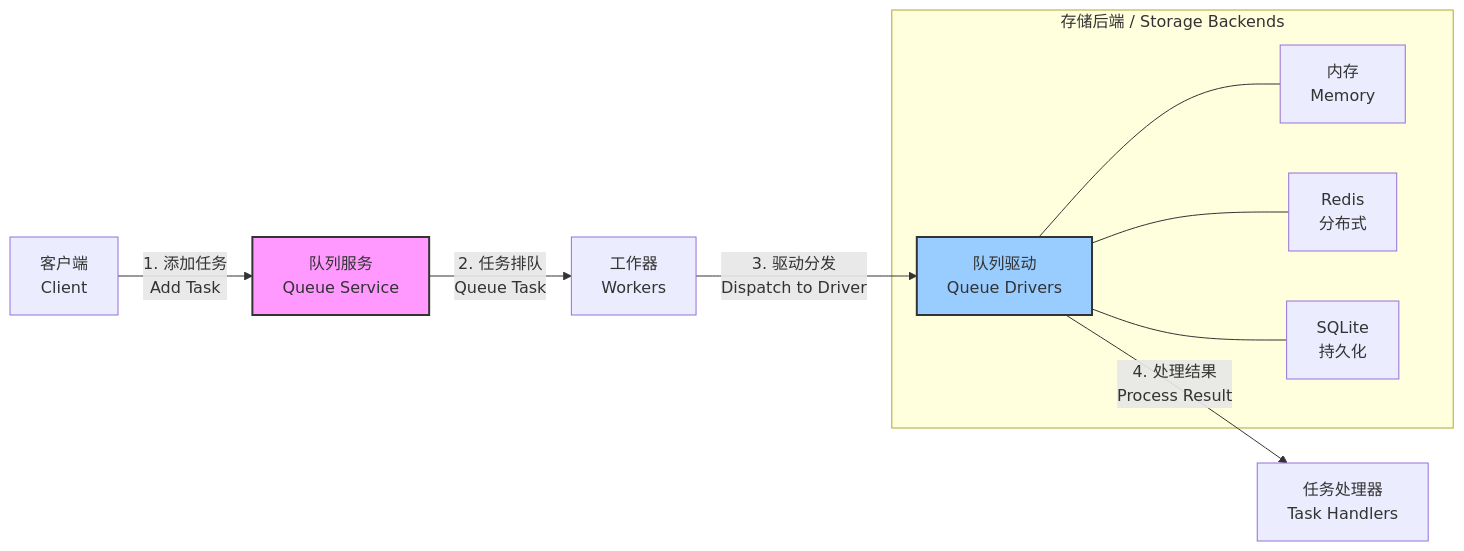
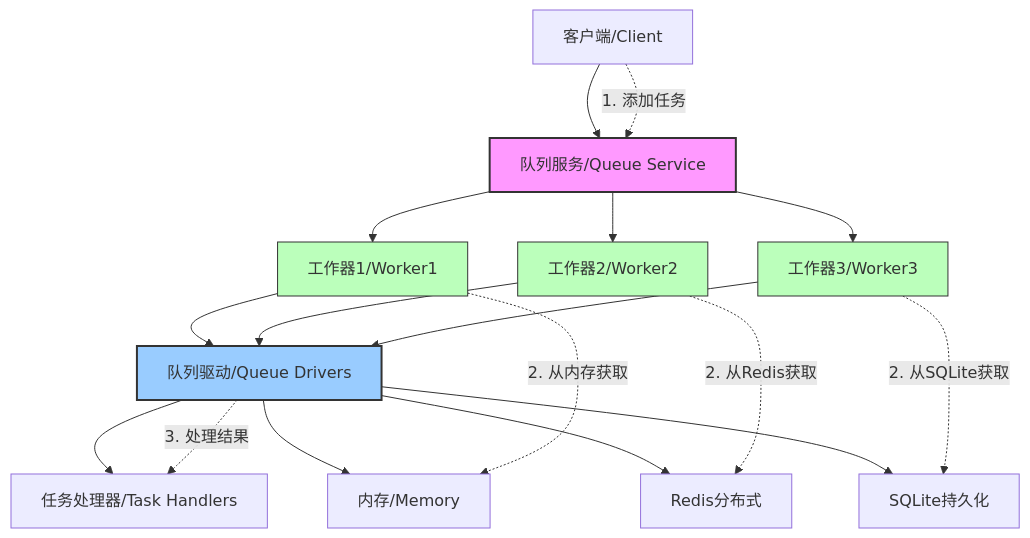
The diagram in README.md (duxweb/go-queue), drawn with Mermaid before and after one commit. The commit also changed other lines of this file, not shown here.

Commit message:
增加流程图说明

````diff
--- a/README.md
+++ b/README.md
@@ -12,16 +12,36 @@
 ```mermaid
-flowchart LR
-    Client["客户端\nClient"] -->|"1. 添加任务\nAdd Task"| QueueService["队列服务\nQueue Service"]
-    QueueService -->|"2. 任务排队\nQueue Task"| Workers["工作器\nWorkers"]
-    Workers -->|"3. 驱动分发\nDispatch to Driver"| Drivers["队列驱动\nQueue Drivers"]
-    Drivers -->|"4. 处理结果\nProcess Result"| Handlers["任务处理器\nTask Handlers"]
+graph TD
+    Client["客户端/Client"] --> QueueService
 
-    subgraph "存储后端 / Storage Backends"
-    Drivers --- Memory["内存\nMemory"]
-    Drivers --- Redis["Redis\n分布式"]
-    Drivers --- SQLite["SQLite\n持久化"]
-    end
+    QueueService["队列服务/Queue Service"] --> Worker1
+    QueueService --> Worker2
+    QueueService --> Worker3
 
-    style QueueService fill:#f9f,stroke:#333,stroke-width:2px
-    style Drivers fill:#9cf,stroke:#333,stroke-width:2px
+    Worker1["工作器1/Worker1"] --> Drivers
+    Worker2["工作器2/Worker2"] --> Drivers
+    Worker3["工作器3/Worker3"] --> Drivers
+
+    Drivers["队列驱动/Queue Drivers"] --> Handlers
+
+    Drivers --> Memory["内存/Memory"]
+    Drivers --> Redis["Redis分布式"]
+    Drivers --> SQLite["SQLite持久化"]
+
+    Handlers["任务处理器/Task Handlers"]
+
+    %% 添加步骤标签
+    Client -.->|"1. 添加任务"| QueueService
+    Worker1 -.->|"2. 从内存获取"| Memory
+    Worker2 -.->|"2. 从Redis获取"| Redis
+    Worker3 -.->|"2. 从SQLite获取"| SQLite
+    Drivers -.->|"3. 处理结果"| Handlers
+
+    %% 样式
+    classDef service fill:#f9f,stroke:#333,stroke-width:2px
+    classDef driver fill:#9cf,stroke:#333,stroke-width:2px
+    classDef worker fill:#bfb,stroke:#333,stroke-width:1px
+
+    class QueueService service
+    class Drivers driver
+    class Worker1,Worker2,Worker3 worker
 ```
````
